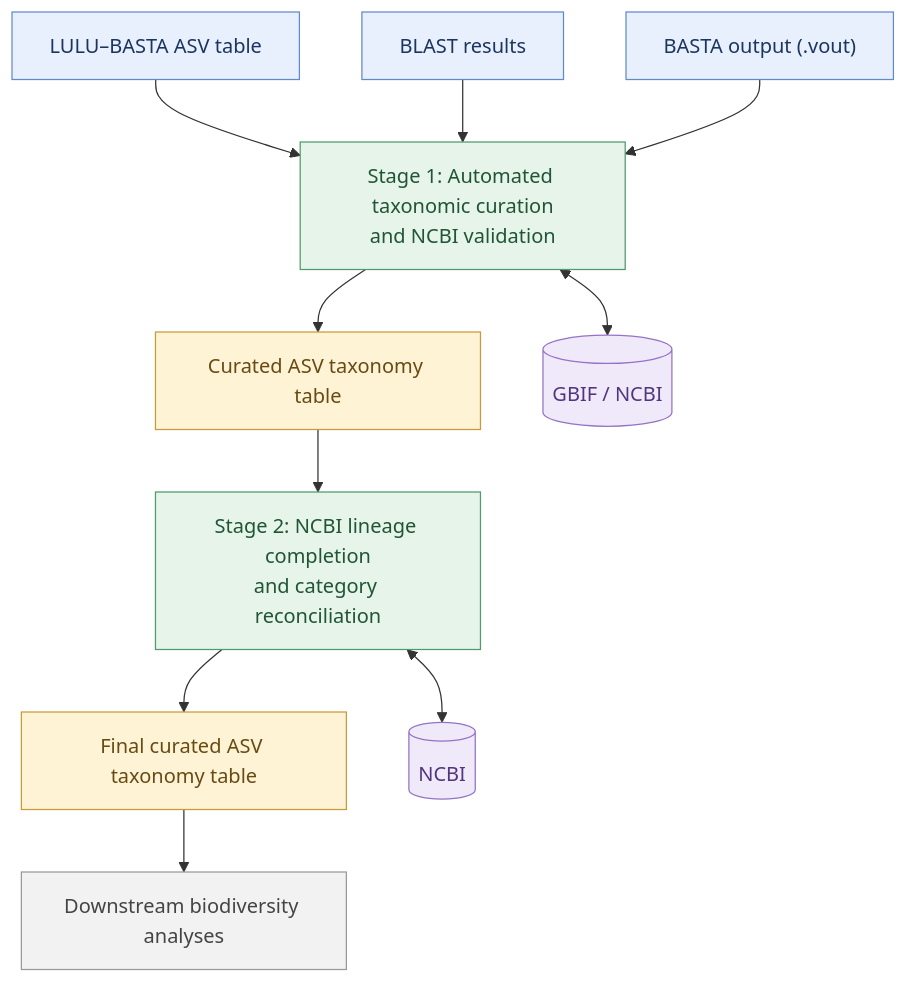
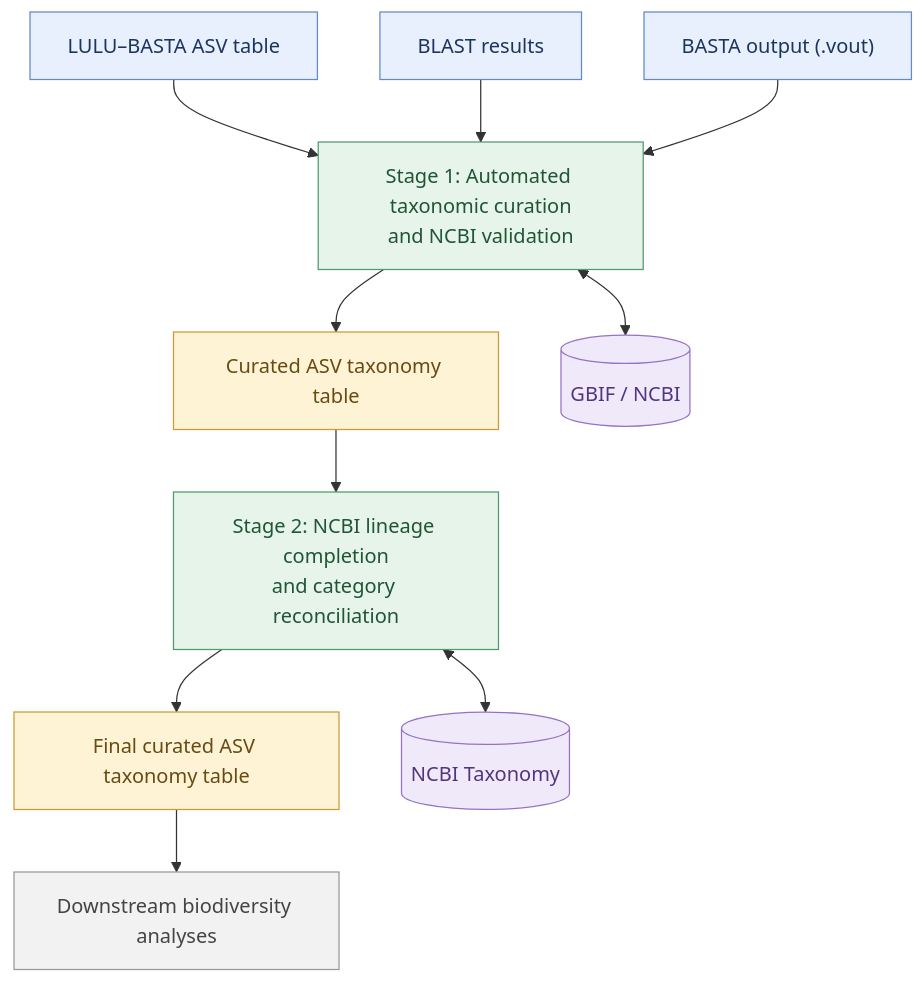
Before and after one commit to n-sayed/taxonomic_assignment: the diagram in README_v02.md, drawn with Mermaid.

Commit message:
Update NCBI reference in README_v02.md

````diff
--- a/README_v02.md
+++ b/README_v02.md
@@ -43,37 +43,37 @@
 ```mermaid
 flowchart TD
     A["LULU–BASTA ASV table"]
     B["BLAST results"]
     C["BASTA output (.vout)"]
 
     D["Stage 1: Automated taxonomic curation<br/>and NCBI validation"]
     E["Curated ASV taxonomy table"]
 
     F["Stage 2: NCBI lineage completion<br/>and category reconciliation"]
     G["Final curated ASV taxonomy table"]
 
     H["Downstream biodiversity analyses"]
 
     A --> D
     B --> D
     C --> D
 
     D <--> I[("GBIF / NCBI")]
     D --> E
     E --> F
-    F <--> J[("NCBI")]
+    F <--> J[("NCBI Taxonomy")]
     F --> G
     G --> H
 
     classDef input fill:#e8f0fe,stroke:#6489c8,color:#1c355e
     classDef process fill:#e6f4ea,stroke:#4e9b6d,color:#205536
     classDef output fill:#fff3d6,stroke:#c99b38,color:#684b13
     classDef database fill:#f0e9fa,stroke:#9573c4,color:#51367d
     classDef downstream fill:#f2f2f2,stroke:#999999,color:#444444
 
     class A,B,C input
     class D,F process
     class E,G output
     class I,J database
     class H downstream
 ```
````
